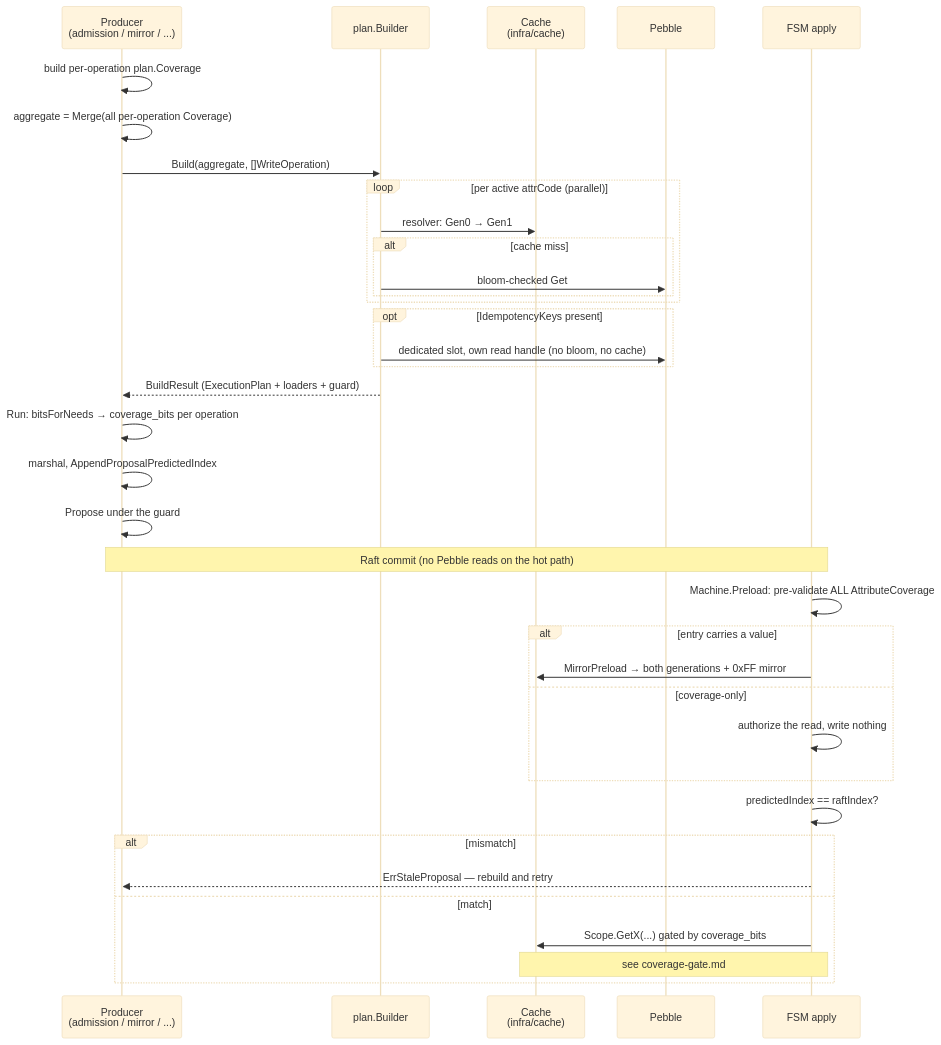
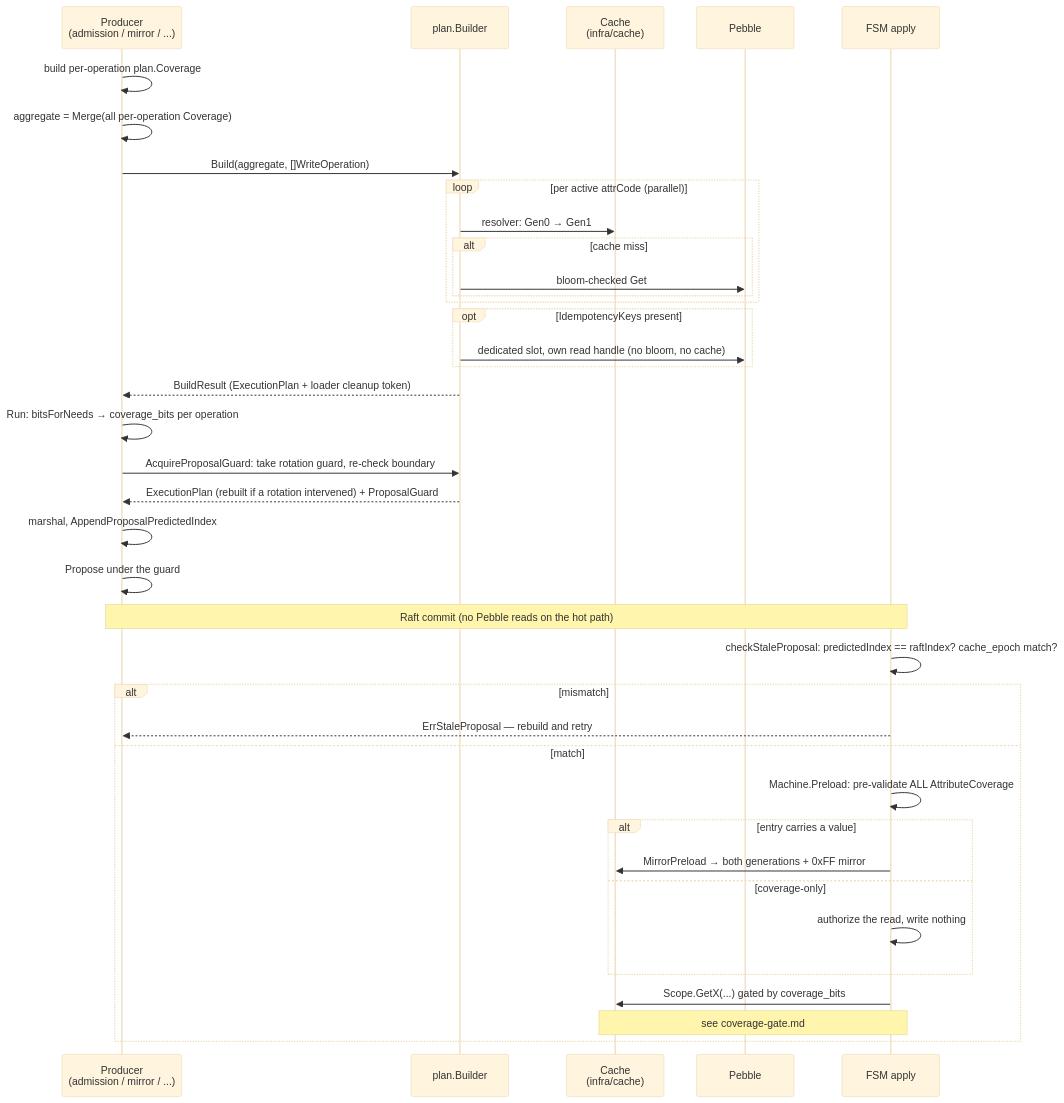
One commit to formancehq/ledger changed the second of 2 diagrams in docs/technical/architecture/subsystems/fsm/preload.md. Above: the diagram before and after it, drawn with Mermaid (base theme). The commit also changed other lines of this file and 1 other file, not shown here.

Commit message:
docs(EN-1565): fix FSM phase order and the Build/AcquireProposalGuard split
Two diagrams and one prose line collapsed a deliberate two-step design.

preload.md's sequence diagram drew Machine.Preload seeding the cache and
only then evaluating predictedIndex == raftIndex, implying a stale
proposal can seed the cache before rejection. The real order is the
reverse and the code says so explicitly (machine.go, "Phase ordering
matters"). checkStaleProposal also gates cache_epoch, so the two signals
are one gate.

Build does not return a ProposalGuard -- it returns *BuildResult holding
an unexported *preload.CleanupToken. The guard comes from a separate
AcquireProposalGuard call, which is what takes the rotation lock and
re-checks the generation boundary. Collapsing the two hides the window
pipeline.md section 7 exists to explain, and makes
BuildResult.ReleaseLoaders (documented as the path for when
AcquireProposalGuard was never called) incoherent.

````diff
--- a/docs/technical/architecture/subsystems/fsm/preload.md
+++ b/docs/technical/architecture/subsystems/fsm/preload.md
@@ -204,39 +204,41 @@
 ```mermaid
 sequenceDiagram
     participant P as Producer<br/>(admission / mirror / ...)
     participant B as plan.Builder
     participant C as Cache<br/>(infra/cache)
     participant Peb as Pebble
     participant FSM as FSM apply
 
     P->>P: build per-operation plan.Coverage
     P->>P: aggregate = Merge(all per-operation Coverage)
     P->>B: Build(aggregate, []WriteOperation)
     loop per active attrCode (parallel)
         B->>C: resolver: Gen0 → Gen1
         alt cache miss
             B->>Peb: bloom-checked Get
         end
     end
     opt IdempotencyKeys present
         B->>Peb: dedicated slot, own read handle (no bloom, no cache)
     end
-    B-->>P: BuildResult (ExecutionPlan + loaders + guard)
+    B-->>P: BuildResult (ExecutionPlan + loader cleanup token)
     P->>P: Run: bitsForNeeds → coverage_bits per operation
+    P->>B: AcquireProposalGuard: take rotation guard, re-check boundary
+    B-->>P: ExecutionPlan (rebuilt if a rotation intervened) + ProposalGuard
     P->>P: marshal, AppendProposalPredictedIndex
     P->>P: Propose under the guard
     Note over P,FSM: Raft commit (no Pebble reads on the hot path)
-    FSM->>FSM: Machine.Preload: pre-validate ALL AttributeCoverage
-    alt entry carries a value
-        FSM->>C: MirrorPreload → both generations + 0xFF mirror
-    else coverage-only
-        FSM->>FSM: authorize the read, write nothing
-    end
-    FSM->>FSM: predictedIndex == raftIndex?
+    FSM->>FSM: checkStaleProposal: predictedIndex == raftIndex? cache_epoch match?
     alt mismatch
         FSM-->>P: ErrStaleProposal — rebuild and retry
     else match
+        FSM->>FSM: Machine.Preload: pre-validate ALL AttributeCoverage
+        alt entry carries a value
+            FSM->>C: MirrorPreload → both generations + 0xFF mirror
+        else coverage-only
+            FSM->>FSM: authorize the read, write nothing
+        end
         FSM->>C: Scope.GetX(...) gated by coverage_bits
         Note over FSM,C: see coverage-gate.md
     end
 ```
````
